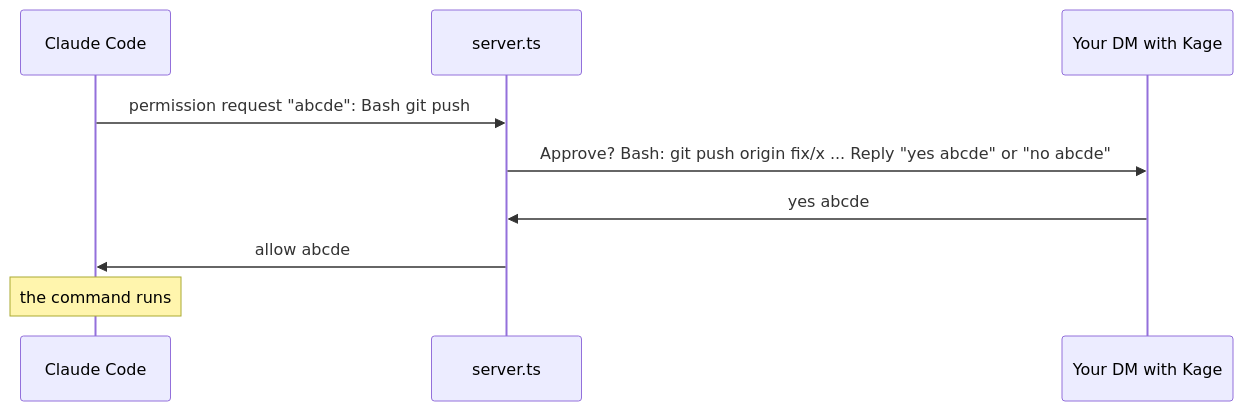
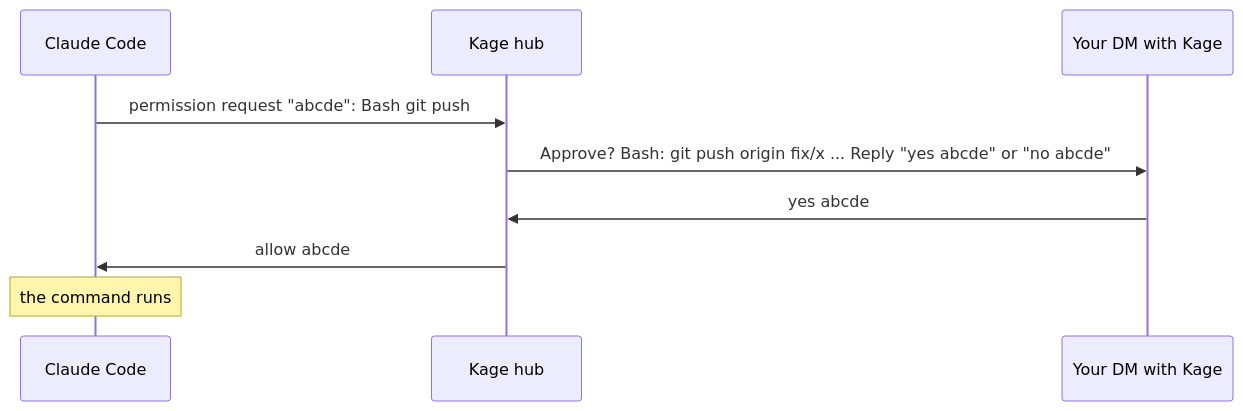
Before and after one commit to aloki-alok/kage: the diagram in README.md, drawn with Mermaid. The commit also changed other lines of this file and 76 other files, not shown here.

````diff
--- a/README.md
+++ b/README.md
@@ -140,11 +147,11 @@
 ```mermaid
 sequenceDiagram
     participant C as Claude Code
-    participant K as server.ts
+    participant K as Kage hub
     participant S as Your DM with Kage
     C->>K: permission request "abcde": Bash git push
     K->>S: Approve? Bash: git push origin fix/x ... Reply "yes abcde" or "no abcde"
     S->>K: yes abcde
     K->>C: allow abcde
     Note over C: the command runs
 ```
````
